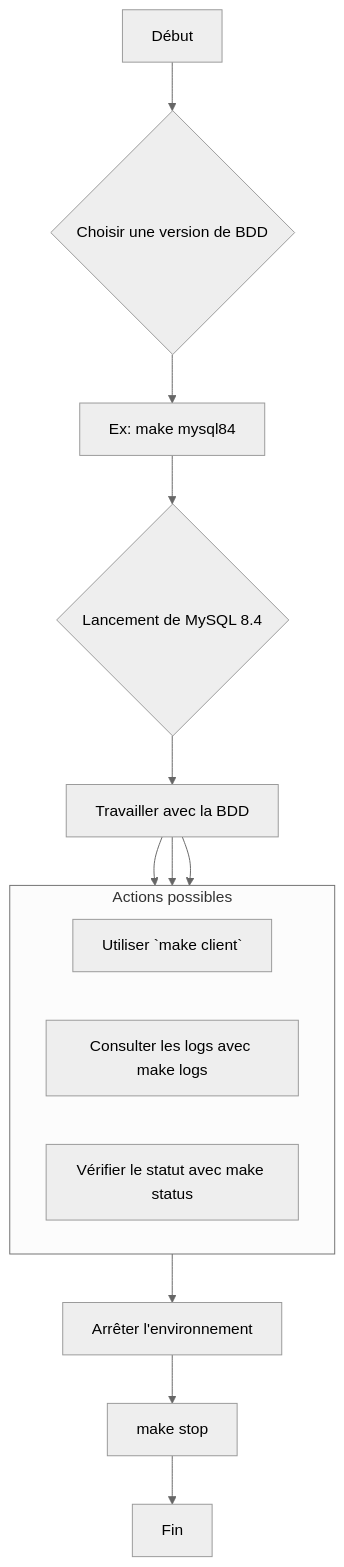
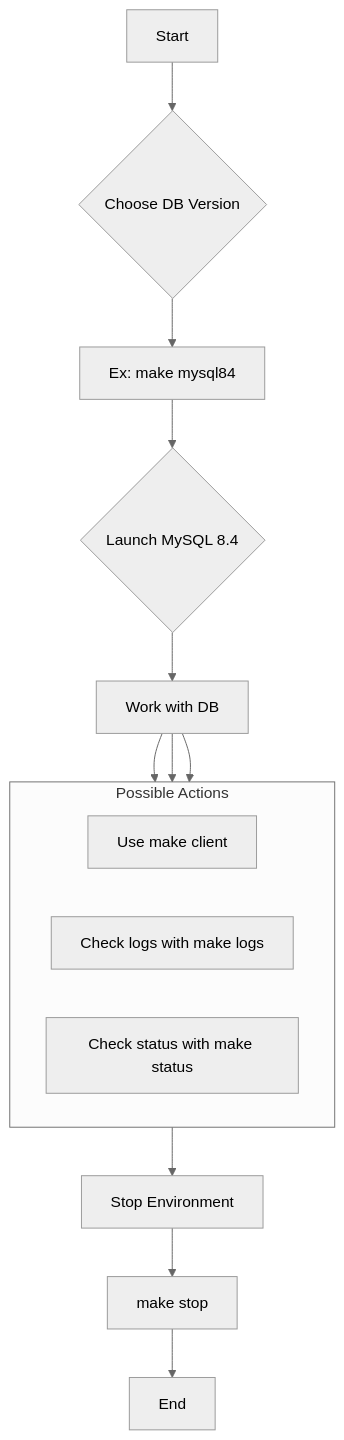
The second of 2 diagrams in docker/multiple_mysql/README.fr.md (jmrenouard/dbscripts), drawn with Mermaid (neutral theme) before and after one commit. The commit also changed other lines of this file, not shown here.

````diff
--- a/docker/multiple_mysql/README.fr.md
+++ b/docker/multiple_mysql/README.fr.md
@@ -76,17 +127,17 @@
 ```mermaid
 graph TD
-    A[Début] --> B{Choisir une version de BDD};
+    A[Start] --> B{Choose DB Version};
     B --> C[Ex: make mysql84];
-    C --> D{Lancement de MySQL 8.4};
-    D --> E[Travailler avec la BDD];
-    subgraph "Actions possibles"
+    C --> D{Launch MySQL 8.4};
+    D --> E[Work with DB];
+    subgraph "Possible Actions"
         direction LR
-        F[Utiliser `make client`]
-        G[Consulter les logs avec make logs]
-        H[Vérifier le statut avec make status]
+        F[Use make client]
+        G[Check logs with make logs]
+        H[Check status with make status]
     end
     E --> F & G & H;
-    H --> I[Arrêter l'environnement];
+    H --> I[Stop Environment];
     I --> J[make stop];
-    J --> K[Fin];
+    J --> K[End];
 ```
````
